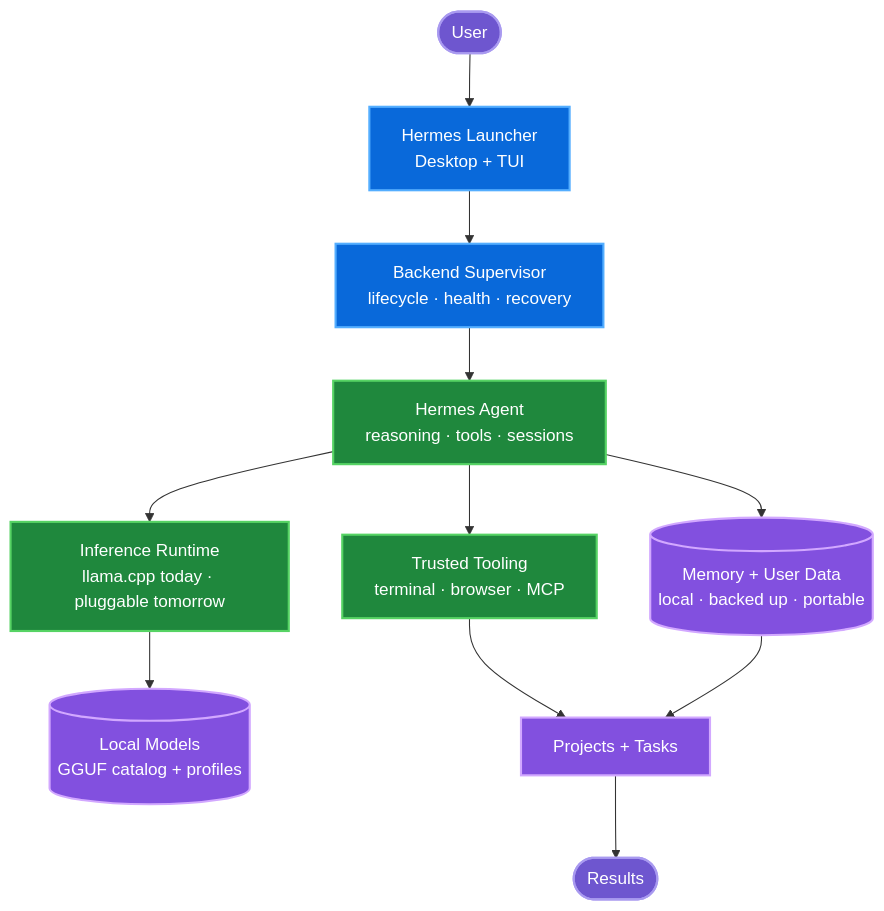
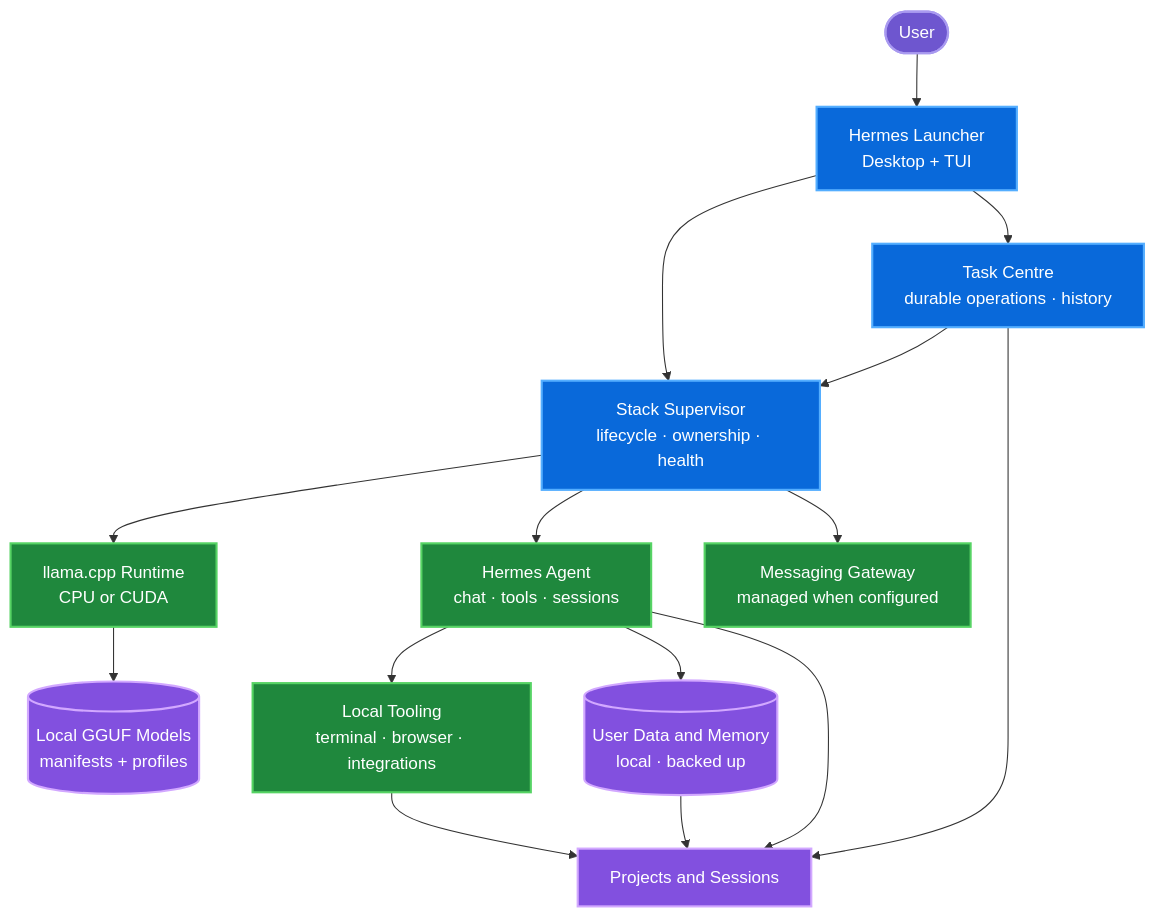
One commit to xdCloudy/Hermes-Local changed the diagram in README.md. Above: the diagram before and after it, drawn with Mermaid. The commit also changed other lines of this file, not shown here.

Commit message:
docs: refresh README for current roadmap

````diff
--- a/README.md
+++ b/README.md
@@ -130,22 +144,26 @@
 ```mermaid
 flowchart TB
     User([User]) --> Launcher["Hermes Launcher<br/>Desktop + TUI"]
-    Launcher --> Supervisor["Backend Supervisor<br/>lifecycle · health · recovery"]
-    Supervisor --> Agent["Hermes Agent<br/>reasoning · tools · sessions"]
-    Agent --> Runtime["Inference Runtime<br/>llama.cpp today · pluggable tomorrow"]
-    Runtime --> Models[("Local Models<br/>GGUF catalog + profiles")]
-    Agent --> Tooling["Trusted Tooling<br/>terminal · browser · MCP"]
-    Agent --> Memory[("Memory + User Data<br/>local · backed up · portable")]
-    Tooling --> Projects["Projects + Tasks"]
+    Launcher --> Supervisor["Stack Supervisor<br/>lifecycle · ownership · health"]
+    Launcher --> Tasks["Task Centre<br/>durable operations · history"]
+    Supervisor --> Runtime["llama.cpp Runtime<br/>CPU or CUDA"]
+    Runtime --> Models[("Local GGUF Models<br/>manifests + profiles")]
+    Supervisor --> Agent["Hermes Agent<br/>chat · tools · sessions"]
+    Supervisor --> Gateway["Messaging Gateway<br/>managed when configured"]
+    Agent --> Tooling["Local Tooling<br/>terminal · browser · integrations"]
+    Agent --> Memory[("User Data and Memory<br/>local · backed up")]
+    Agent --> Projects["Projects and Sessions"]
+    Tasks --> Supervisor
+    Tasks --> Projects
+    Tooling --> Projects
     Memory --> Projects
-    Projects --> Results([Results])
 
     classDef user fill:#6e56cf,stroke:#a99af0,color:#fff,stroke-width:2px;
     classDef control fill:#0969da,stroke:#54aeff,color:#fff,stroke-width:2px;
     classDef engine fill:#1f883d,stroke:#56d364,color:#fff,stroke-width:2px;
     classDef data fill:#8250df,stroke:#d2a8ff,color:#fff,stroke-width:2px;
-    class User,Results user;
-    class Launcher,Supervisor control;
-    class Agent,Runtime,Tooling engine;
+    class User user;
+    class Launcher,Supervisor,Tasks control;
+    class Agent,Runtime,Gateway,Tooling engine;
     class Models,Memory,Projects data;
 ```
````
